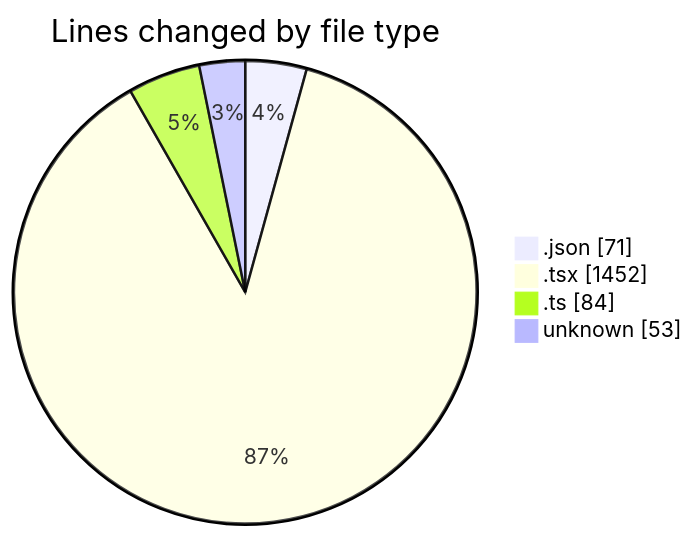
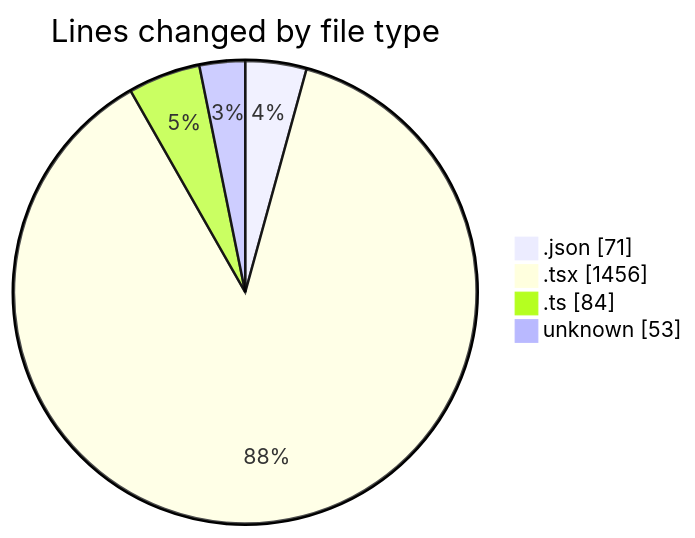
Before and after one commit to momahboobian/code-tracking: the first of 2 diagrams in 2026-01-29/cda/README.md, drawn with Mermaid. The commit also changed other lines of this file and 1 other file, not shown here.

````diff
--- a/2026-01-29/cda/README.md
+++ b/2026-01-29/cda/README.md
@@ -23,8 +23,8 @@
 ```mermaid
 pie showData
 title Lines changed by file type
 ".json" : 71
-".tsx" : 1452
+".tsx" : 1456
 ".ts" : 84
 "unknown" : 53
 ```
````
